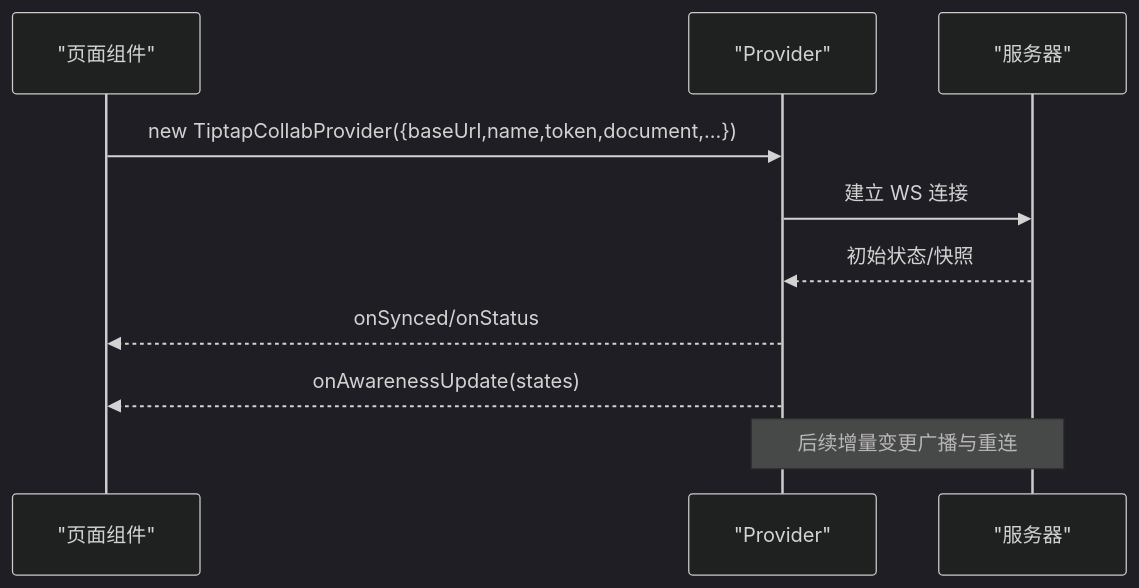
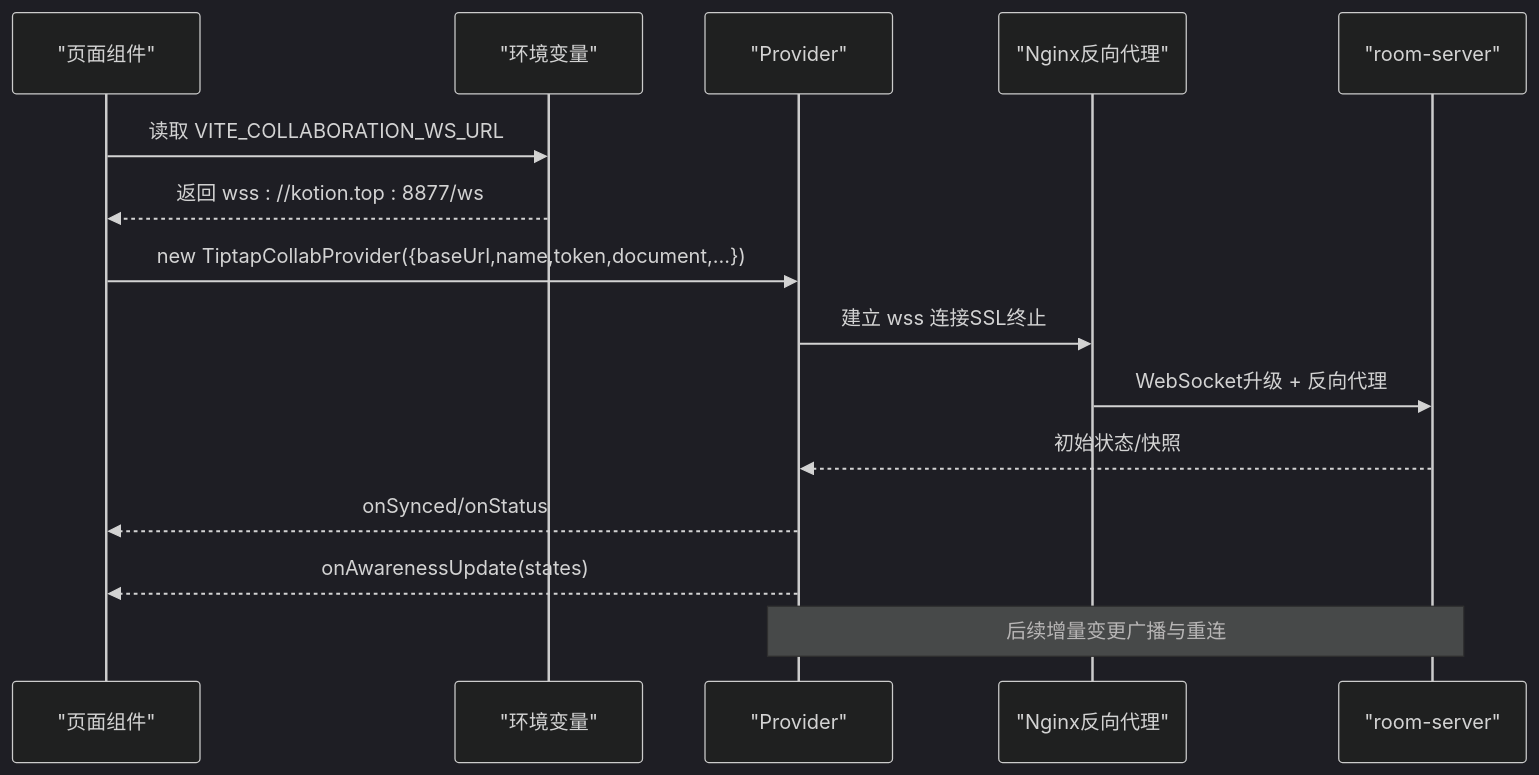
Before and after one commit to LRF0422/Kotion: the fourth of 11 diagrams in .qoder/repowiki/zh/content/核心模块/编辑器核心内核/实时协作功能.md, drawn with Mermaid (dark theme). The commit also changed other lines of this file and 75 other files, not shown here.

````diff
--- a/.qoder/repowiki/zh/content/核心模块/编辑器核心内核/实时协作功能.md
+++ b/.qoder/repowiki/zh/content/核心模块/编辑器核心内核/实时协作功能.md
@@ -141,12 +213,17 @@
 ```mermaid
 sequenceDiagram
 participant C as "页面组件"
+participant ENV as "环境变量"
 participant PR as "Provider"
-participant S as "服务器"
+participant NGINX as "Nginx反向代理"
+participant RS as "room-server"
+C->>ENV : 读取 VITE_COLLABORATION_WS_URL
+ENV-->>C : 返回 wss : //kotion.top : 8877/ws
 C->>PR : new TiptapCollabProvider({baseUrl,name,token,document,...})
-PR->>S : 建立 WS 连接
-S-->>PR : 初始状态/快照
+PR->>NGINX : 建立 wss 连接SSL终止
+NGINX->>RS : WebSocket升级 + 反向代理
+RS-->>PR : 初始状态/快照
 PR-->>C : onSynced/onStatus
 PR-->>C : onAwarenessUpdate(states)
-Note over PR,S : 后续增量变更广播与重连
+Note over PR,RS : 后续增量变更广播与重连
 ```
````
